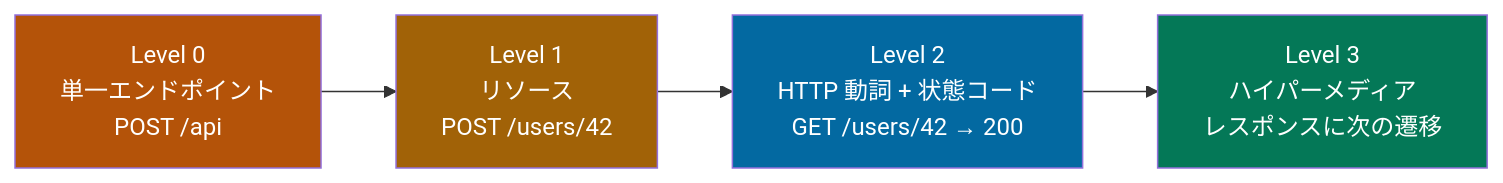
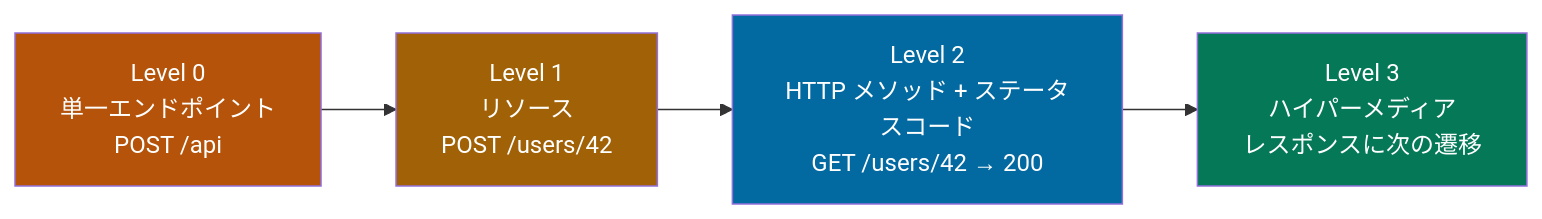
The first of 6 diagrams in content/blog/ja/rpc-vs-rest.mdx (yoichiozaki/yoichiozaki.github.io), drawn with Mermaid before and after one commit. The commit also changed other lines of this file and 220 other files, not shown here.

````diff
--- a/content/blog/ja/rpc-vs-rest.mdx
+++ b/content/blog/ja/rpc-vs-rest.mdx
@@ -46,10 +46,10 @@
 ```mermaid
 graph LR
     L0["Level 0<br/>単一エンドポイント<br/>POST /api"] --> L1["Level 1<br/>リソース<br/>POST /users/42"]
-    L1 --> L2["Level 2<br/>HTTP 動詞 + 状態コード<br/>GET /users/42 → 200"]
+    L1 --> L2["Level 2<br/>HTTP メソッド + ステータスコード<br/>GET /users/42 → 200"]
     L2 --> L3["Level 3<br/>ハイパーメディア<br/>レスポンスに次の遷移"]
     style L0 fill:#b45309,color:#ffffff
     style L1 fill:#a16207,color:#ffffff
     style L2 fill:#0369a1,color:#ffffff
     style L3 fill:#047857,color:#ffffff
 ```
````
